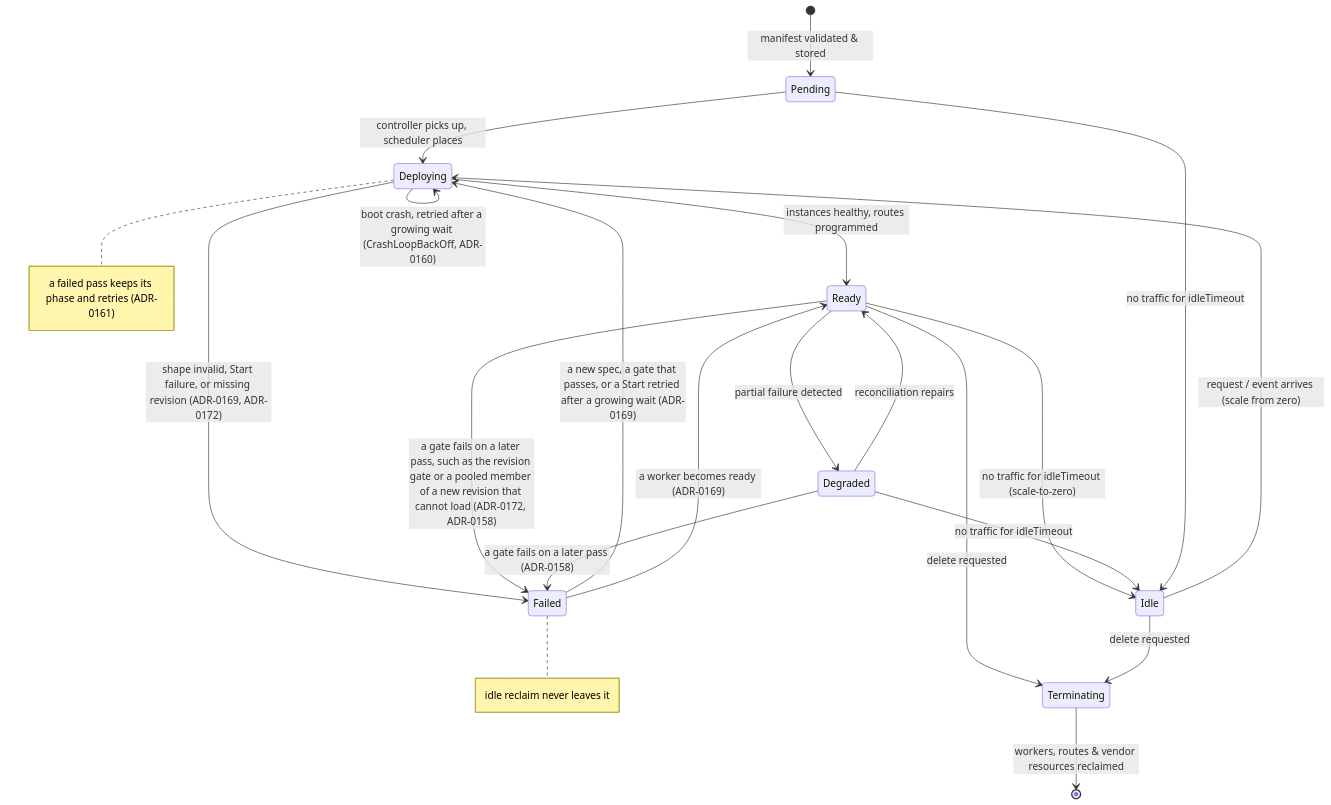
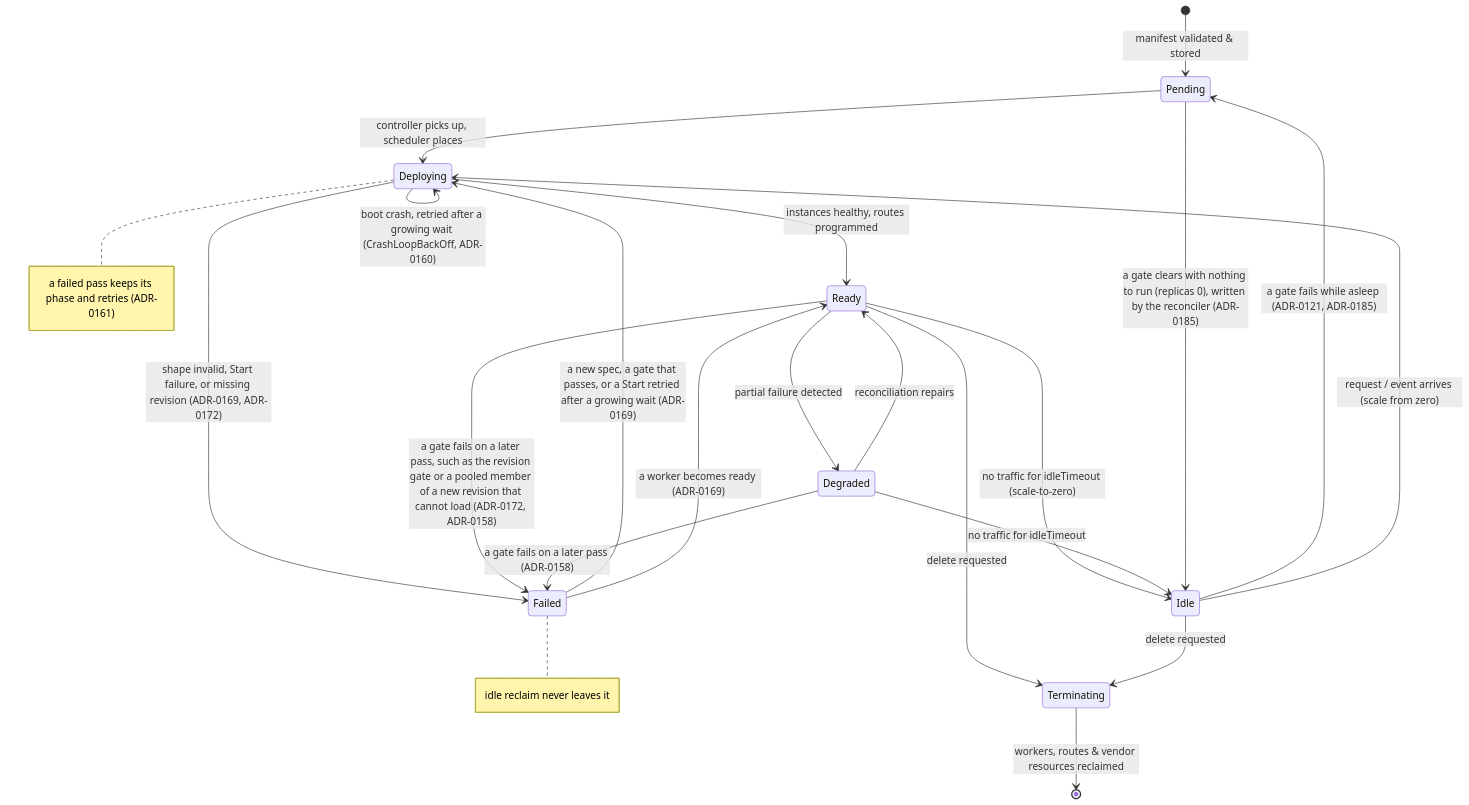
One commit to pyvvo/funcd changed the eighth of 8 diagrams in blueprint.md. Above: the diagram before and after it, drawn with Mermaid. The commit also changed other lines of this file and 27 other files, not shown here.

````diff
--- a/blueprint.md
+++ b/blueprint.md
@@ -663,23 +663,24 @@
 ```mermaid
 stateDiagram-v2
     [*] --> Pending : manifest validated & stored
     Pending --> Deploying : controller picks up, scheduler places
     Deploying --> Ready : instances healthy, routes programmed
     Deploying --> Deploying : boot crash, retried after a growing wait (CrashLoopBackOff, ADR-0160)
     Deploying --> Failed : shape invalid, Start failure, or missing revision (ADR-0169, ADR-0172)
     note right of Deploying : a failed pass keeps its phase and retries (ADR-0161)
     Ready --> Failed : a gate fails on a later pass, such as the revision gate or a pooled member of a new revision that cannot load (ADR-0172, ADR-0158)
     Degraded --> Failed : a gate fails on a later pass (ADR-0158)
     Failed --> Deploying : a new spec, a gate that passes, or a Start retried after a growing wait (ADR-0169)
     Failed --> Ready : a worker becomes ready (ADR-0169)
     note right of Failed : idle reclaim never leaves it
     Ready --> Degraded : partial failure detected
     Degraded --> Ready : reconciliation repairs
     Ready --> Idle : no traffic for idleTimeout (scale-to-zero)
     Degraded --> Idle : no traffic for idleTimeout
-    Pending --> Idle : no traffic for idleTimeout
+    Pending --> Idle : a gate clears with nothing to run (replicas 0), written by the reconciler (ADR-0185)
+    Idle --> Pending : a gate fails while asleep (ADR-0121, ADR-0185)
     Idle --> Deploying : request / event arrives (scale from zero)
     Ready --> Terminating : delete requested
     Idle --> Terminating : delete requested
     Terminating --> [*] : workers, routes & vendor resources reclaimed
 ```
````
